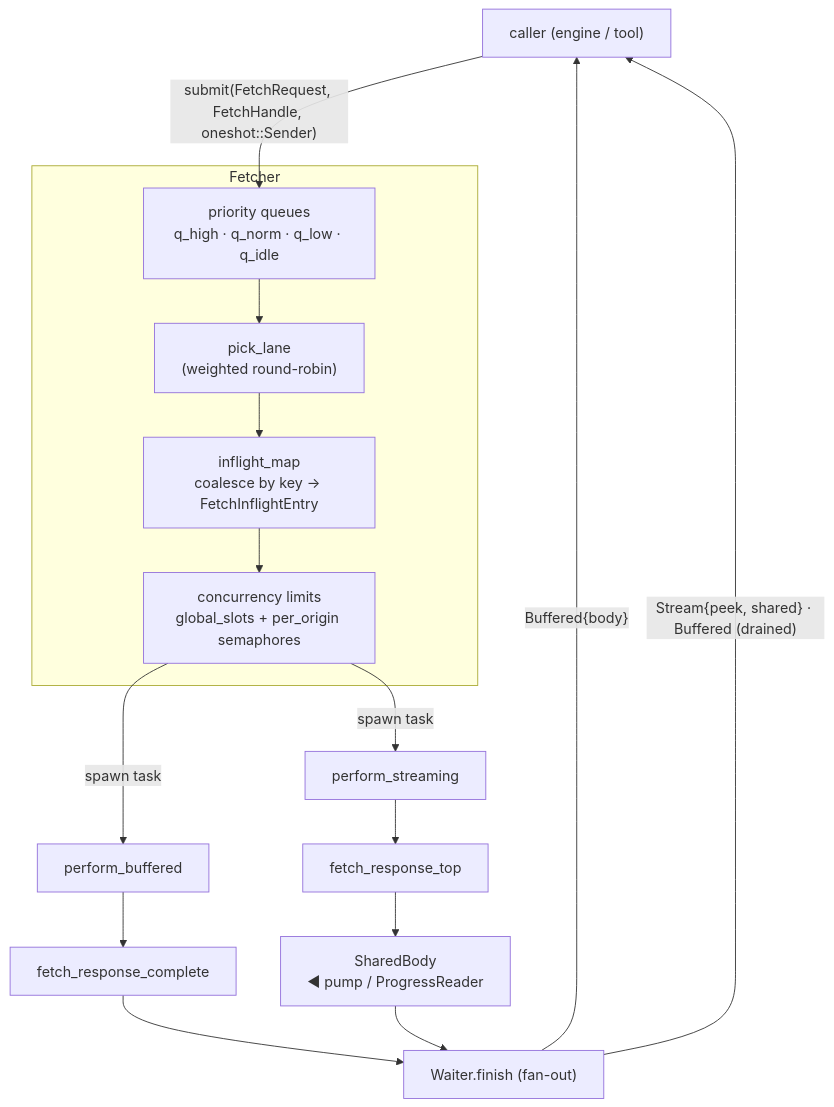
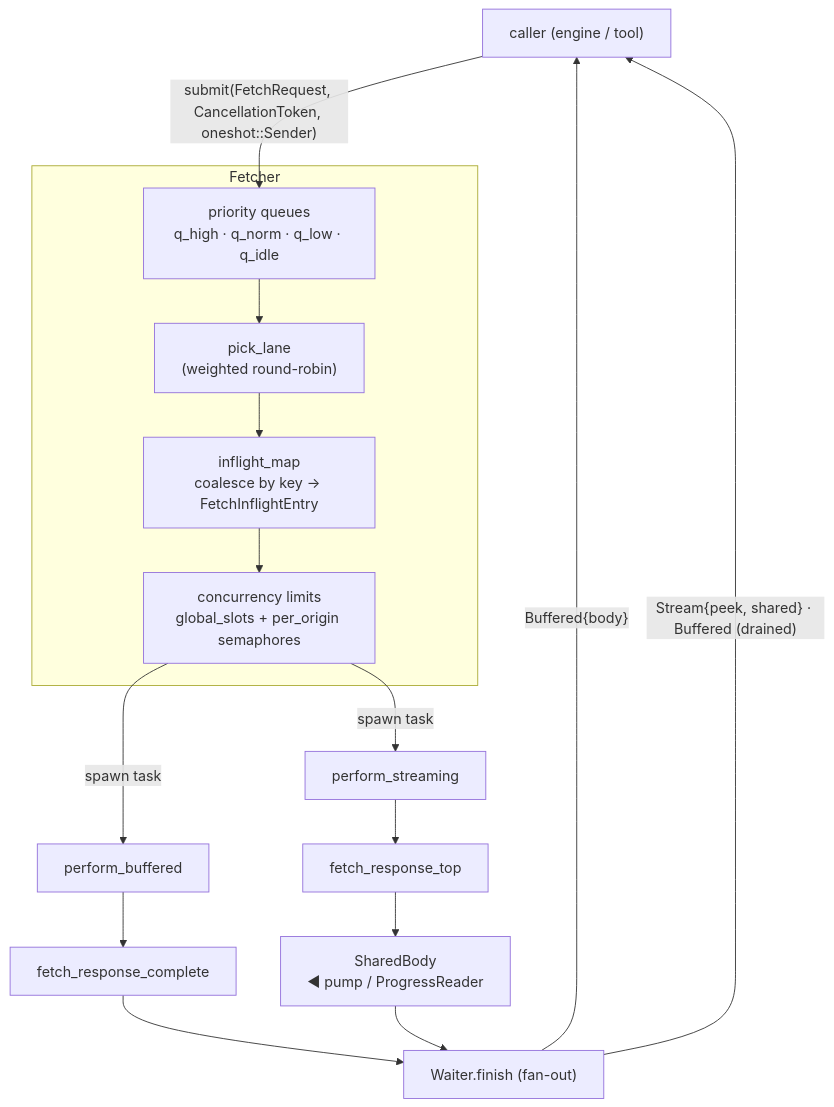
Before and after one commit to gosub-io/gosub-sonar: the diagram in docs/architecture.md, drawn with Mermaid. The commit also changed other lines of this file and 1 other file, not shown here.

````diff
--- a/docs/architecture.md
+++ b/docs/architecture.md
@@ -108,27 +109,27 @@
 ```mermaid
 flowchart TD
     caller["caller (engine / tool)"]
 
     subgraph fetcher["Fetcher"]
         queues["priority queues<br/>q_high · q_norm · q_low · q_idle"]
         pick["pick_lane<br/>(weighted round-robin)"]
         inflight["inflight_map<br/>coalesce by key → FetchInflightEntry"]
         slots["concurrency limits<br/>global_slots + per_origin semaphores"]
         queues --> pick --> inflight --> slots
     end
 
     complete["fetch_response_complete"]
     top["fetch_response_top"]
     shared["SharedBody<br/>◄ pump / ProgressReader"]
     waiter["Waiter.finish (fan-out)"]
 
-    caller -->|"submit(FetchRequest, FetchHandle, oneshot::Sender)"| queues
+    caller -->|"submit(FetchRequest, CancellationToken, oneshot::Sender)"| queues
     slots -->|"spawn task"| buffered["perform_buffered"]
     slots -->|"spawn task"| streaming["perform_streaming"]
 
     buffered --> complete --> waiter
     streaming --> top --> shared --> waiter
 
     waiter -->|"Buffered{body}"| caller
     waiter -->|"Stream{peek, shared} · Buffered (drained)"| caller
 ```
````
